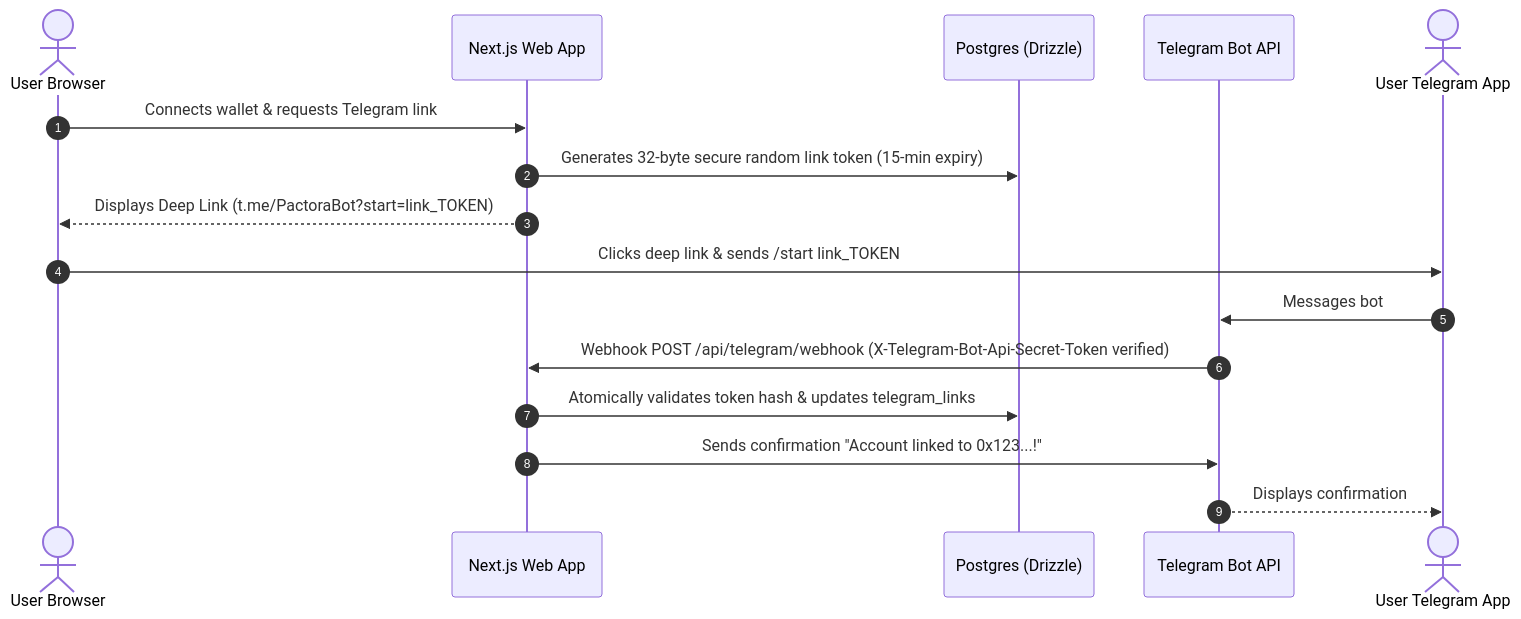
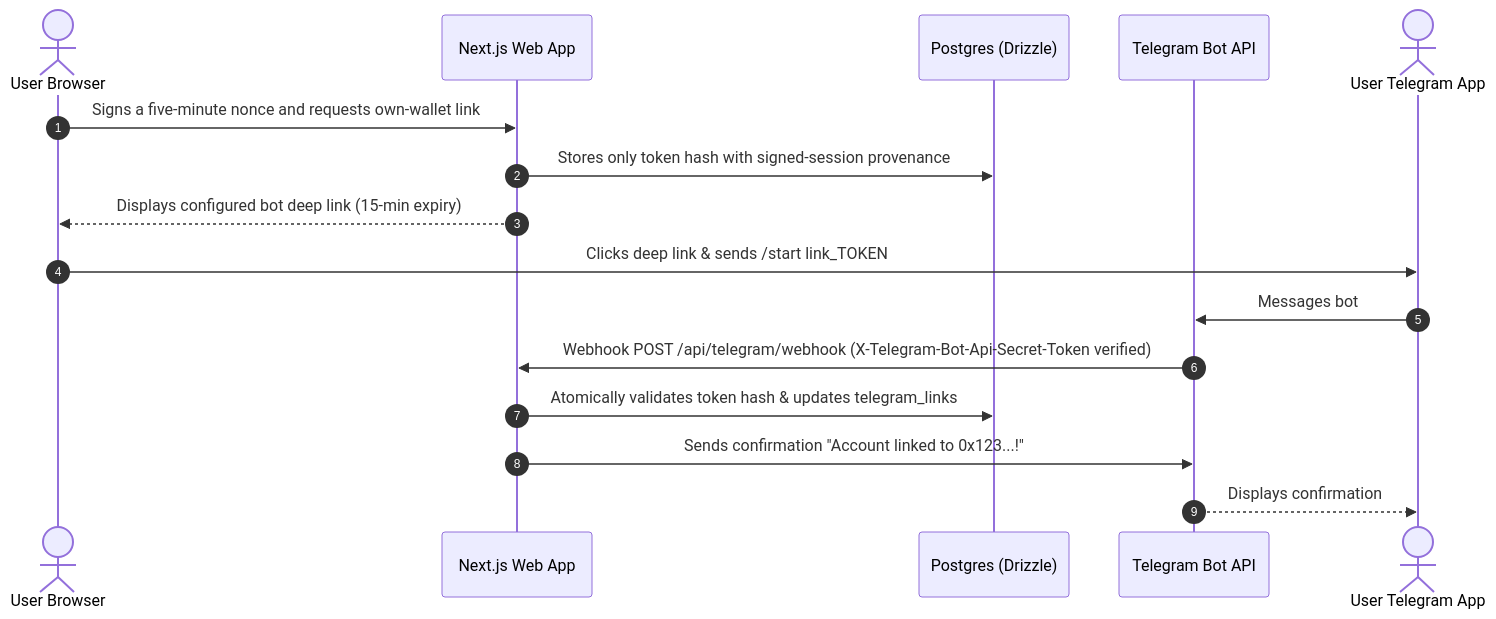
Before and after one commit to milesdevx/Pactora: the fourth of 4 diagrams in docs/architecture.md, drawn with Mermaid. The commit also changed other lines of this file and 74 other files, not shown here.

Commit message:
fix: harden escrow, wallet auth and Telegram

````diff
--- a/docs/architecture.md
+++ b/docs/architecture.md
@@ -106,19 +111,19 @@
 ```mermaid
 sequenceDiagram
     autonumber
     actor User as User Browser
     participant App as Next.js Web App
     participant DB as Postgres (Drizzle)
     participant TG as Telegram Bot API
     actor Device as User Telegram App
 
-    User->>App: Connects wallet & requests Telegram link
-    App->>DB: Generates 32-byte secure random link token (15-min expiry)
-    App-->>User: Displays Deep Link (t.me/PactoraBot?start=link_TOKEN)
+    User->>App: Signs a five-minute nonce and requests own-wallet link
+    App->>DB: Stores only token hash with signed-session provenance
+    App-->>User: Displays configured bot deep link (15-min expiry)
     User->>Device: Clicks deep link & sends /start link_TOKEN
     Device->>TG: Messages bot
     TG->>App: Webhook POST /api/telegram/webhook (X-Telegram-Bot-Api-Secret-Token verified)
     App->>DB: Atomically validates token hash & updates telegram_links
     App->>TG: Sends confirmation "Account linked to 0x123...!"
     TG-->>Device: Displays confirmation
 ```
````
